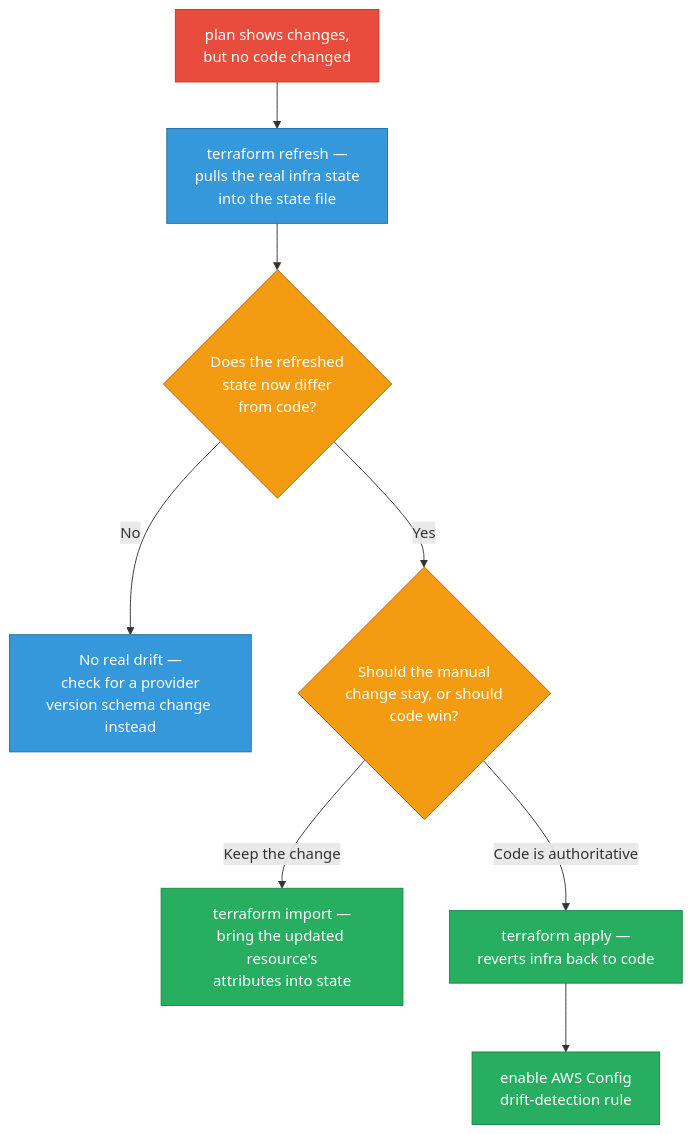
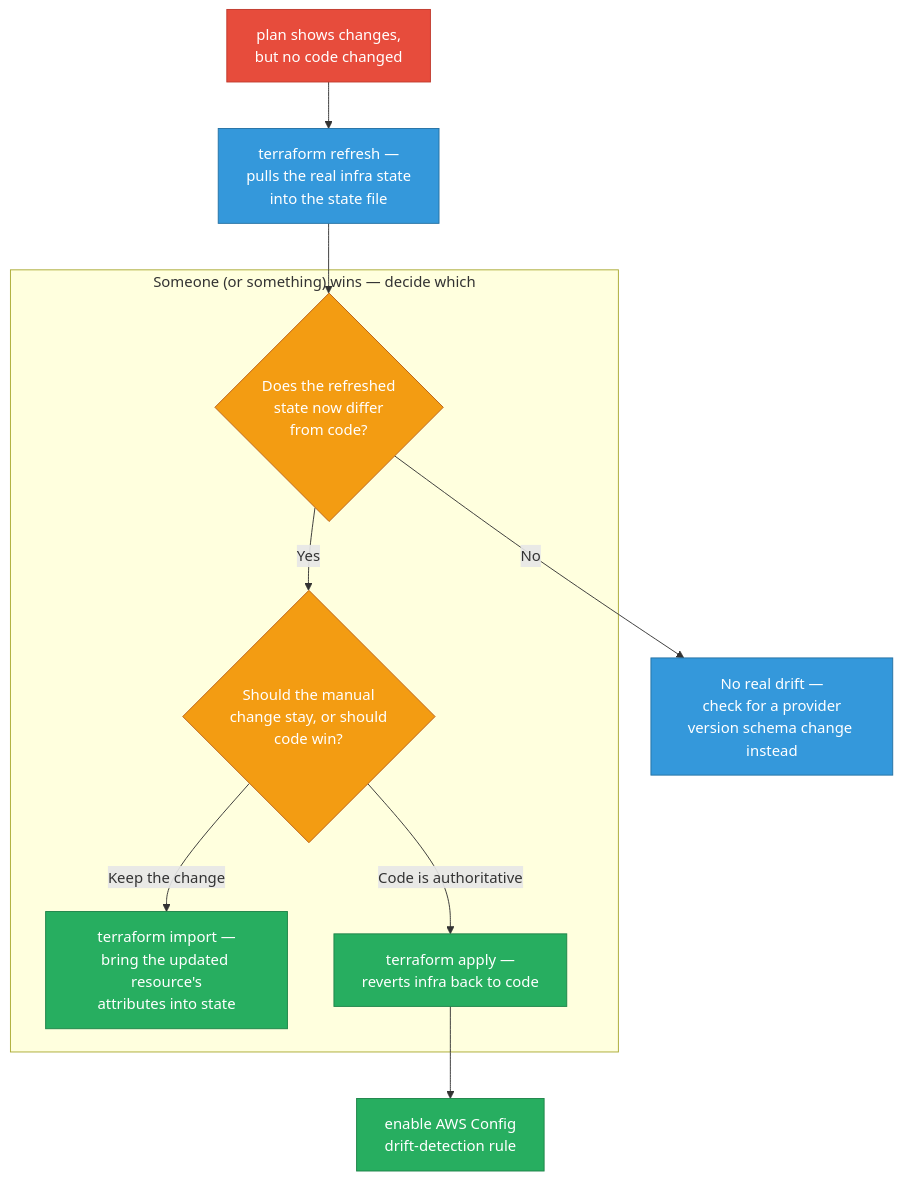
Before and after one commit to deepanshu-rawat6/DevOpsIndex: the fourth of 8 diagrams in sre/iac-scenarios.md, drawn with Mermaid. The commit also changed other lines of this file and 7 other files, not shown here.

````diff
--- a/sre/iac-scenarios.md
+++ b/sre/iac-scenarios.md
@@ -204,16 +213,19 @@
 ```mermaid
 flowchart TD
     classDef err fill:#e74c3c,stroke:#c0392b,color:#fff
     classDef decision fill:#f39c12,stroke:#ba6018,color:#fff
     classDef fix fill:#27ae60,stroke:#1e8449,color:#fff
     classDef verify fill:#3498db,stroke:#2471a3,color:#fff
 
     PLAN["plan shows changes,<br/>but no code changed"]:::err --> REFRESH["terraform refresh —<br/>pulls the real infra state<br/>into the state file"]:::verify
     REFRESH --> DRIFT{"Does the refreshed<br/>state now differ<br/>from code?"}:::decision
     DRIFT -->|No| PROVIDER["No real drift —<br/>check for a provider<br/>version schema change instead"]:::verify
 
-    DRIFT -->|Yes| ACCEPT{"Should the manual<br/>change stay, or should<br/>code win?"}:::decision
-    ACCEPT -->|"Keep the change"| IMPORT["terraform import —<br/>bring the updated resource's<br/>attributes into state"]:::fix
-    ACCEPT -->|"Code is authoritative"| REVERT["terraform apply —<br/>reverts infra back to code"]:::fix
+    subgraph RESOLVE["Someone (or something) wins — decide which"]
+        DRIFT -->|Yes| ACCEPT{"Should the manual<br/>change stay, or should<br/>code win?"}:::decision
+        ACCEPT -->|"Keep the change"| IMPORT["terraform import —<br/>bring the updated resource's<br/>attributes into state"]:::fix
+        ACCEPT -->|"Code is authoritative"| REVERT["terraform apply —<br/>reverts infra back to code"]:::fix
+    end
+
     REVERT --> CONFIG["enable AWS Config<br/>drift-detection rule"]:::fix
 ```
````
